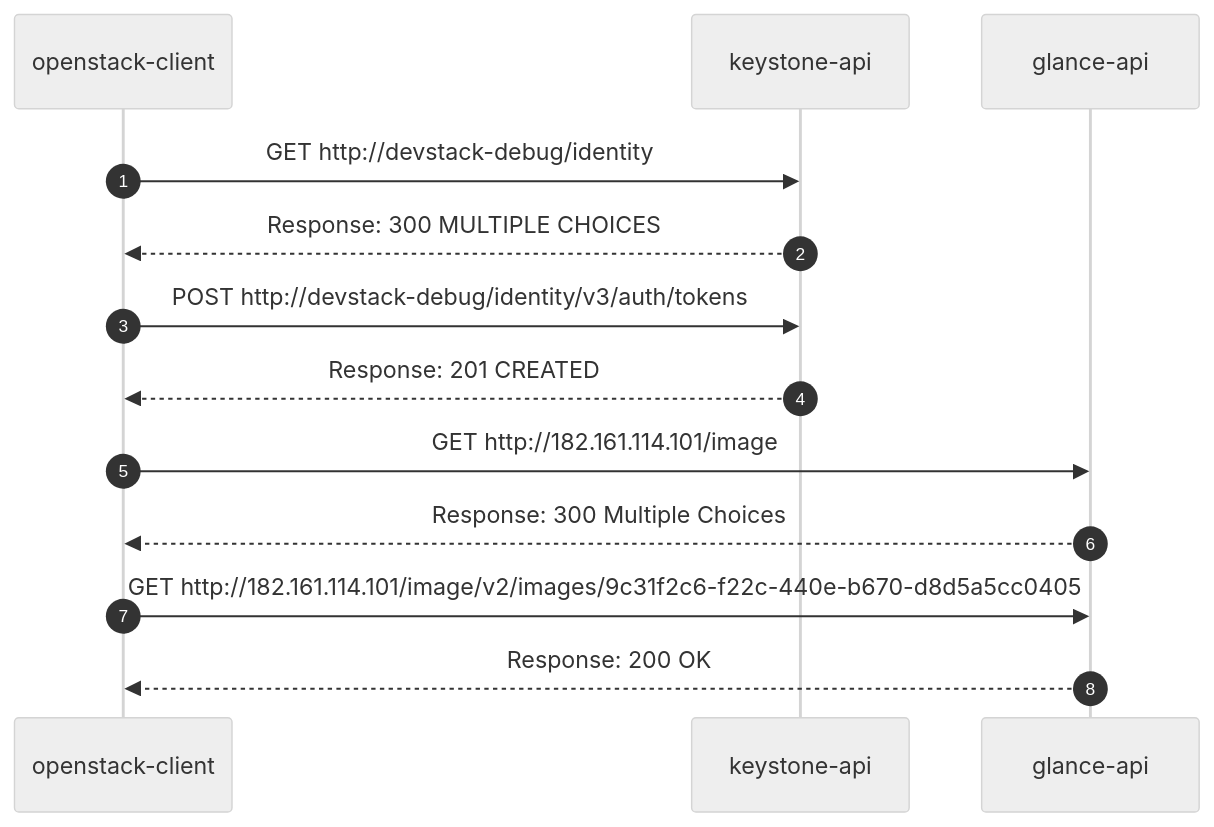
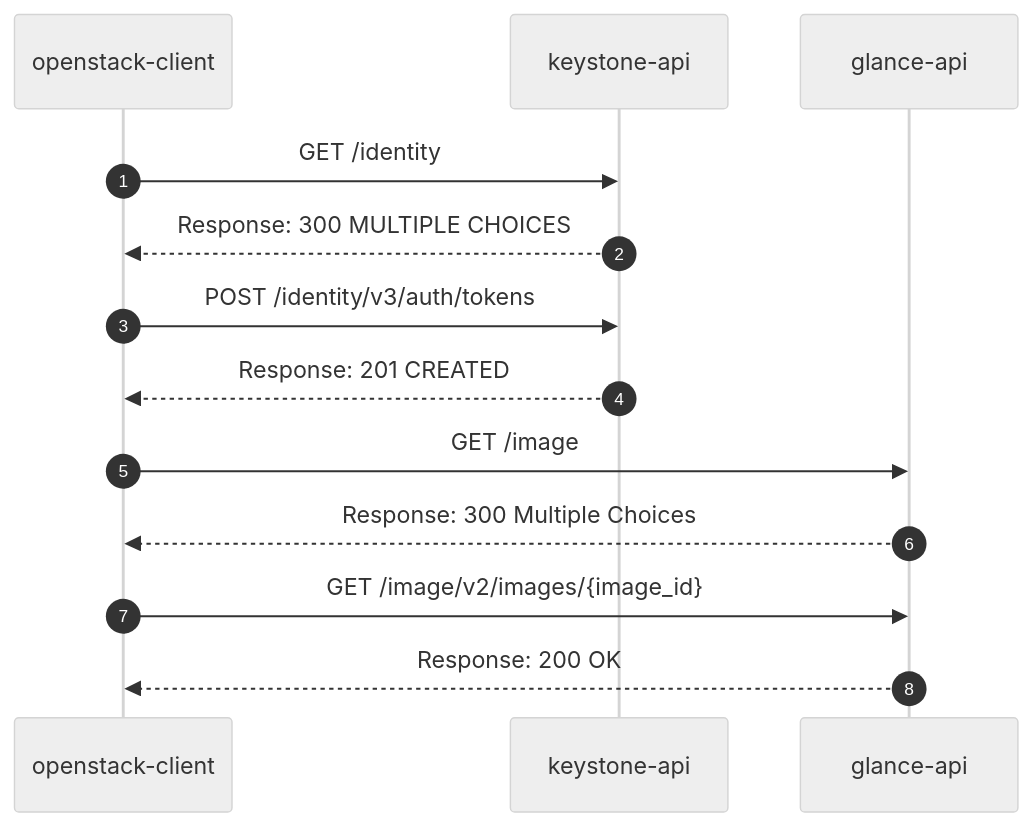
One commit to jade-kinx/jade-kinx.github.io changed the diagram in docs/openstack/sequence/image/show.md. Above: the diagram before and after it, drawn with Mermaid (neutral theme). The commit also changed other lines of this file and 8 other files, not shown here.

````diff
--- a/docs/openstack/sequence/image/show.md
+++ b/docs/openstack/sequence/image/show.md
@@ -40,15 +40,15 @@
 ``` mermaid
 sequenceDiagram
   autonumber
   participant client as openstack-client
   participant keystone as keystone-api
   participant glance as glance-api
-  client->>keystone: GET http://devstack-debug/identity
+  client->>keystone: GET /identity
   keystone-->>client: Response: 300 MULTIPLE CHOICES
-  client->>keystone: POST http://devstack-debug/identity/v3/auth/tokens
+  client->>keystone: POST /identity/v3/auth/tokens
   keystone-->>client: Response: 201 CREATED
-  client->>glance: GET http://182.161.114.101/image
+  client->>glance: GET /image
   glance-->>client: Response: 300 Multiple Choices
-  client->>glance: GET http://182.161.114.101/image/v2/images/9c31f2c6-f22c-440e-b670-d8d5a5cc0405
+  client->>glance: GET /image/v2/images/{image_id}
   glance-->>client: Response: 200 OK
 ```
````
